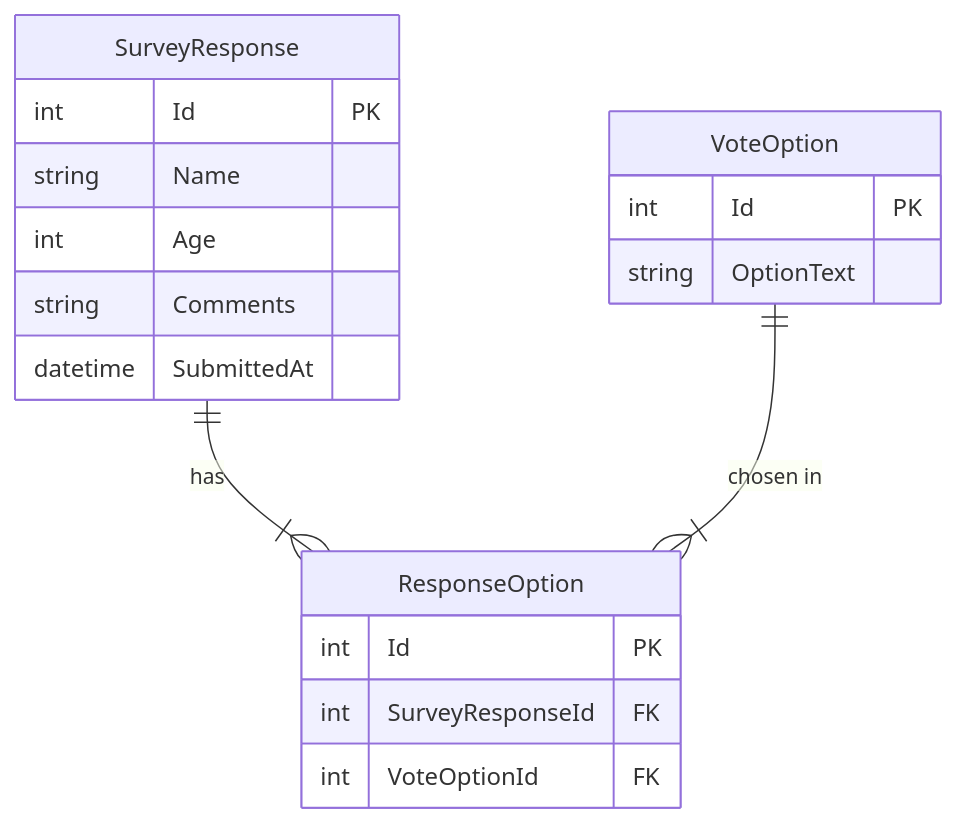
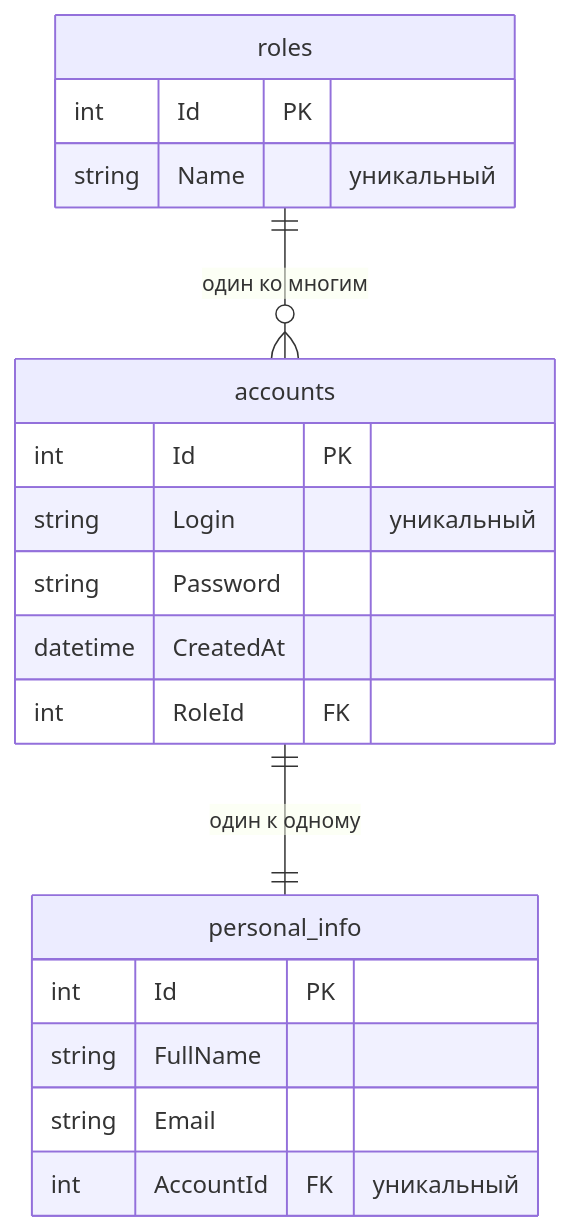
Before and after one commit to UselessNode/SurveyApp: the second of 2 diagrams in README.md, drawn with Mermaid. The commit also changed other lines of this file and 41 other files, not shown here.

````diff
--- a/README.md
+++ b/README.md
@@ -26,24 +87,25 @@
 ```mermaid
 erDiagram
-    SurveyResponse ||--|{ ResponseOption : "has"
-    VoteOption ||--|{ ResponseOption : "chosen in"
+    accounts ||--|| personal_info : "один к одному"
+    roles ||--o{ accounts : "один ко многим"
 
-    SurveyResponse {
+    accounts {
         int Id PK
-        string Name
-        int Age
-        string Comments
-        datetime SubmittedAt
+        string Login "уникальный"
+        string Password
+        datetime CreatedAt
+        int RoleId FK
     }
 
-    VoteOption {
+    personal_info {
         int Id PK
-        string OptionText
+        string FullName
+        string Email
+        int AccountId FK "уникальный"
     }
 
-    ResponseOption {
+    roles {
         int Id PK
-        int SurveyResponseId FK
-        int VoteOptionId FK
+        string Name "уникальный"
     }
 ```
````
